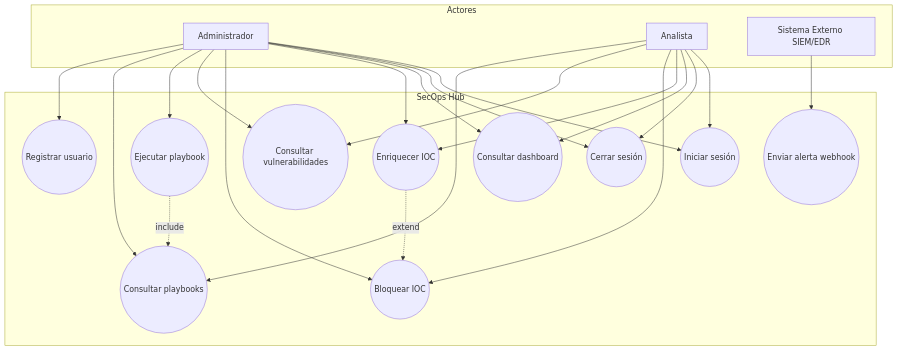
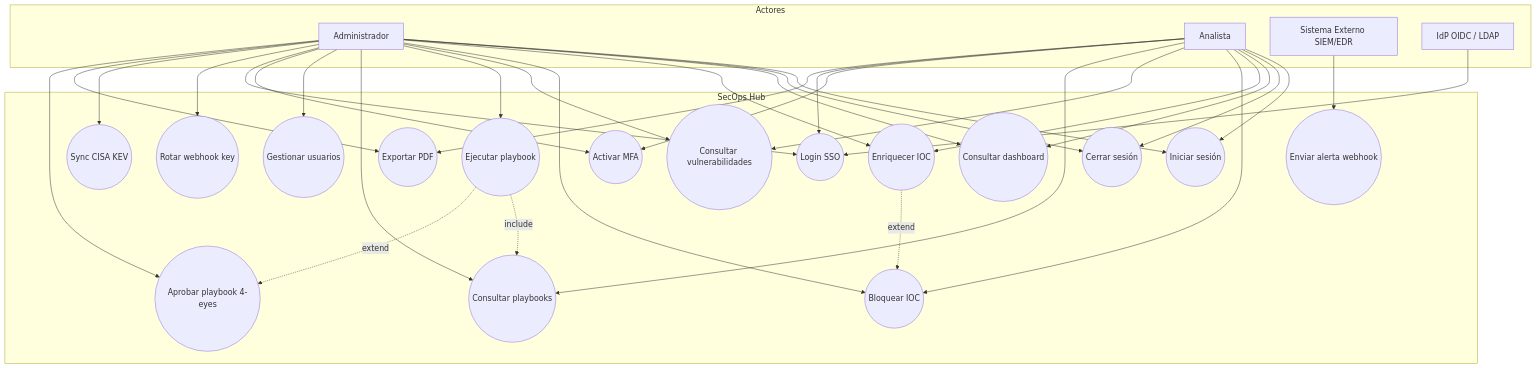
The first of 16 diagrams in docs/diagramas-uml.md (gracobjo/secopshub), drawn with Mermaid before and after one commit. The commit also changed other lines of this file and 4 other files, not shown here.

First line of the commit message:
docs: alinear requisitos, CU, UML y manuales con el producto actual

````diff
--- a/docs/diagramas-uml.md
+++ b/docs/diagramas-uml.md
@@ -11,42 +11,60 @@
 ```mermaid
 graph TB
     subgraph Actores
         A[Administrador]
         AN[Analista]
         EXT[Sistema Externo SIEM/EDR]
+        IDP[IdP OIDC / LDAP]
     end
 
     subgraph SecOps Hub
         UC1((Iniciar sesión))
         UC2((Cerrar sesión))
         UC3((Consultar dashboard))
         UC4((Enriquecer IOC))
         UC5((Bloquear IOC))
         UC6((Consultar vulnerabilidades))
         UC7((Ejecutar playbook))
         UC8((Consultar playbooks))
-        UC9((Registrar usuario))
+        UC9((Gestionar usuarios))
         UC10((Enviar alerta webhook))
+        UC12((Activar MFA))
+        UC13((Login SSO))
+        UC14((Rotar webhook key))
+        UC15((Sync CISA KEV))
+        UC17((Exportar PDF))
+        UC18((Aprobar playbook 4-eyes))
     end
 
     A --> UC1
     AN --> UC1
     A --> UC2
     AN --> UC2
     A --> UC3
     AN --> UC3
     A --> UC4
     AN --> UC4
     A --> UC5
     AN --> UC5
     A --> UC6
     AN --> UC6
     A --> UC7
     A --> UC8
     AN --> UC8
     A --> UC9
     EXT --> UC10
+    A --> UC12
+    AN --> UC12
+    A --> UC13
+    AN --> UC13
+    IDP --> UC13
+    A --> UC14
+    A --> UC15
+    A --> UC17
+    AN --> UC17
+    A --> UC18
 
     UC7 -.include.-> UC8
+    UC7 -.extend.-> UC18
     UC4 -.extend.-> UC5
 ```
````
